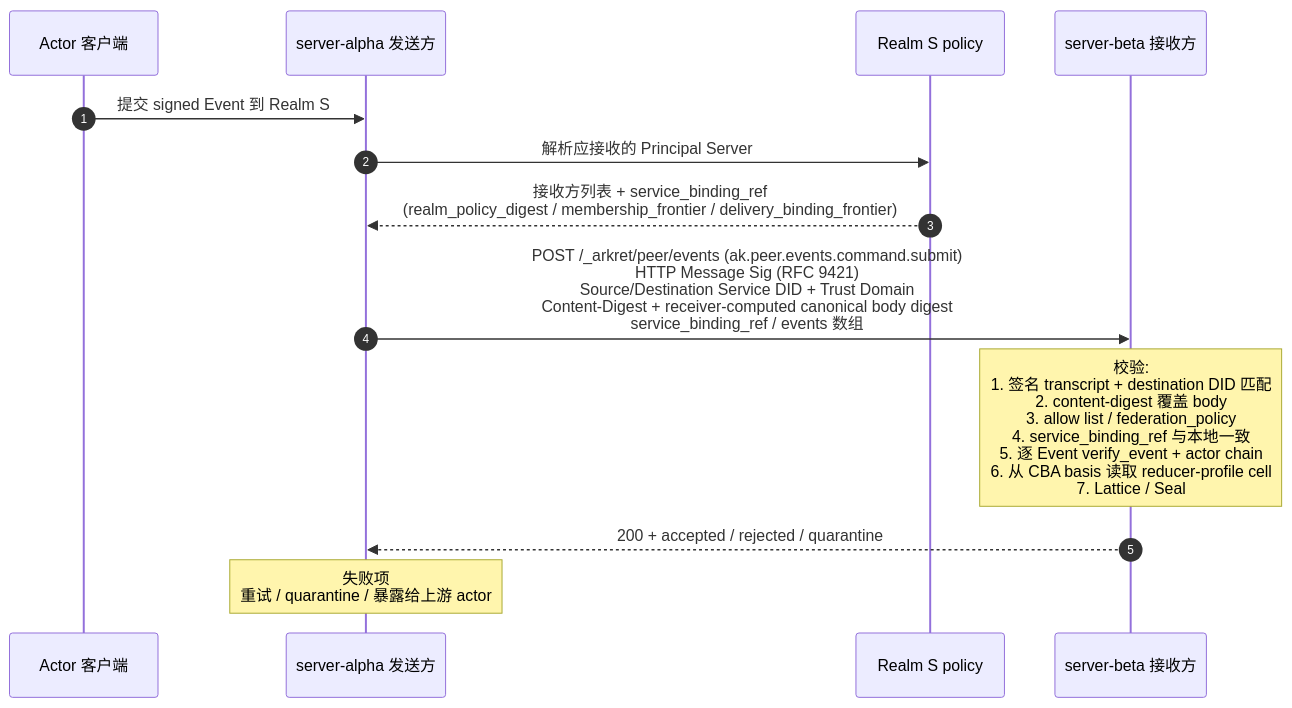
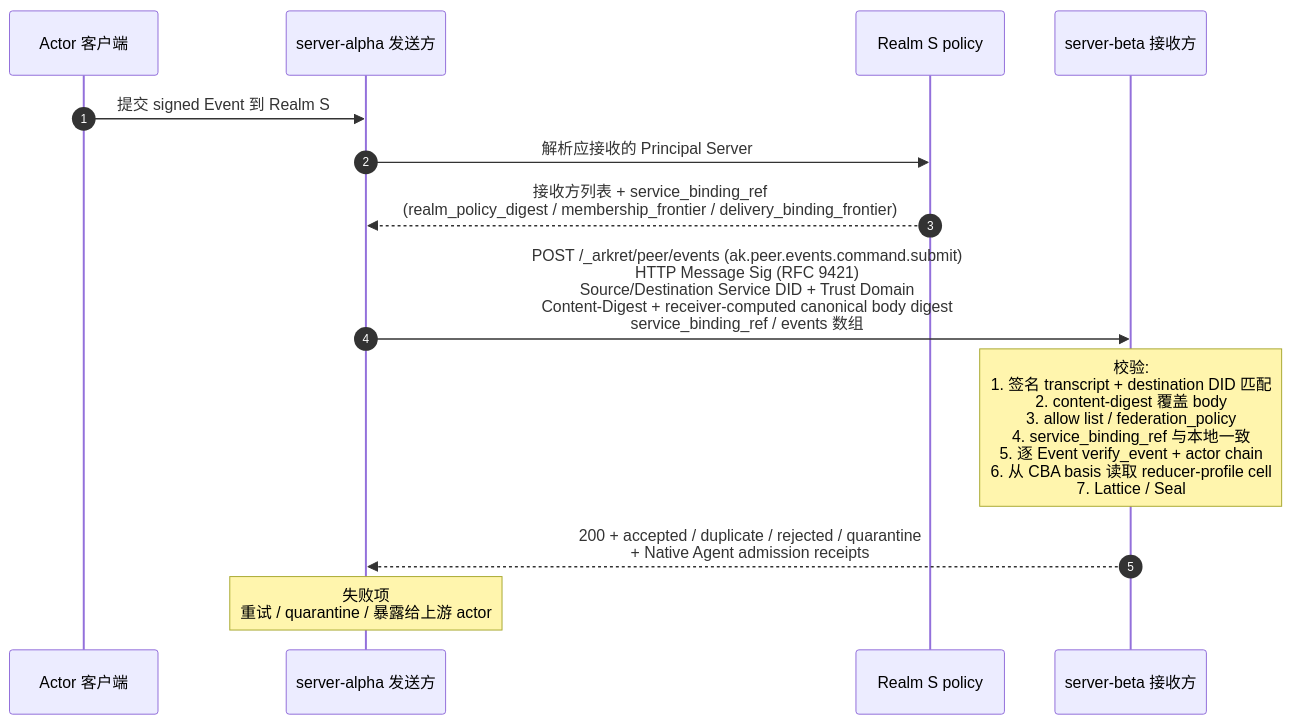
The diagram in spec/v1/zh/sync/federation.md (arkret-org/arkret-spec), drawn with Mermaid before and after one commit. The commit also changed other lines of this file and 11 other files, not shown here.

````diff
--- a/spec/v1/zh/sync/federation.md
+++ b/spec/v1/zh/sync/federation.md
@@ -324,16 +324,16 @@
 ```mermaid
 sequenceDiagram
     autonumber
     participant Cli as Actor 客户端
     participant Alpha as server-alpha 发送方
     participant Pol as Realm S policy
     participant Beta as server-beta 接收方
 
     Cli->>Alpha: 提交 signed Event 到 Realm S
     Alpha->>Pol: 解析应接收的 Principal Server
     Pol-->>Alpha: 接收方列表 + service_binding_ref<br>(realm_policy_digest / membership_frontier / delivery_binding_frontier)
     Alpha->>Beta: POST /_arkret/peer/events (ak.peer.events.command.submit)<br>HTTP Message Sig (RFC 9421)<br>Source/Destination Service DID + Trust Domain<br>Content-Digest + receiver-computed canonical body digest<br>service_binding_ref / events 数组
     note over Beta: 校验:<br>1. 签名 transcript + destination DID 匹配<br>2. content-digest 覆盖 body<br>3. allow list / federation_policy<br>4. service_binding_ref 与本地一致<br>5. 逐 Event verify_event + actor chain<br>6. 从 CBA basis 读取 reducer-profile cell<br>7. Lattice / Seal
-    Beta-->>Alpha: 200 + accepted / rejected / quarantine
+    Beta-->>Alpha: 200 + accepted / duplicate / rejected / quarantine<br>+ Native Agent admission receipts
     note over Alpha: 失败项<br>重试 / quarantine / 暴露给上游 actor
 ```
````
